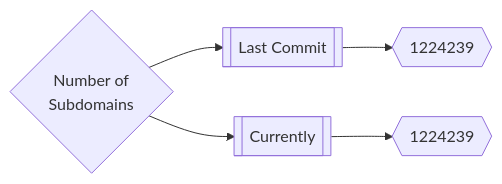
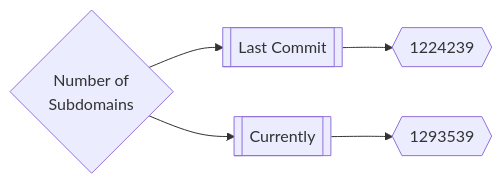
Before and after one commit to trickest/inventory: the first of 3 diagrams in README.md, drawn with Mermaid. The commit also changed other lines of this file, not shown here.

````diff
--- a/README.md
+++ b/README.md
@@ -165,5 +165,5 @@
 ```mermaid
 graph LR
 title{Number of<br>Subdomains} --> subdomainsDate1[[Last Commit]] --> subdomainsNum1{{1224239}}
-title --> subdomainsDate2[[Currently]] --> subdomainsNum2{{1224239}}
+title --> subdomainsDate2[[Currently]] --> subdomainsNum2{{1293539}}
 ```
````
